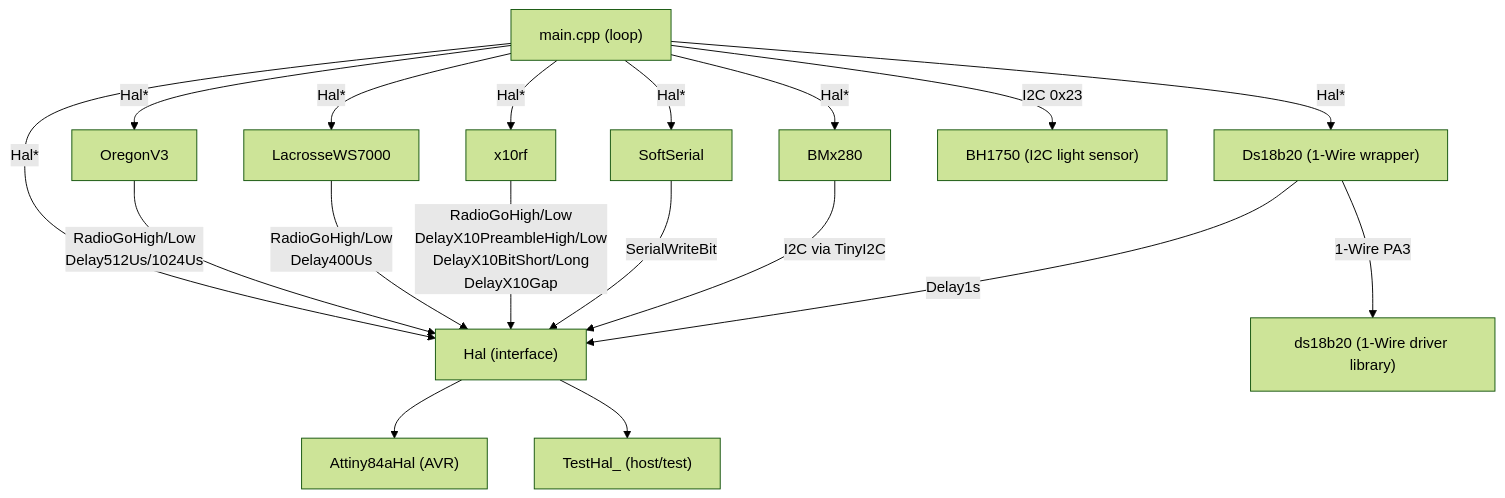
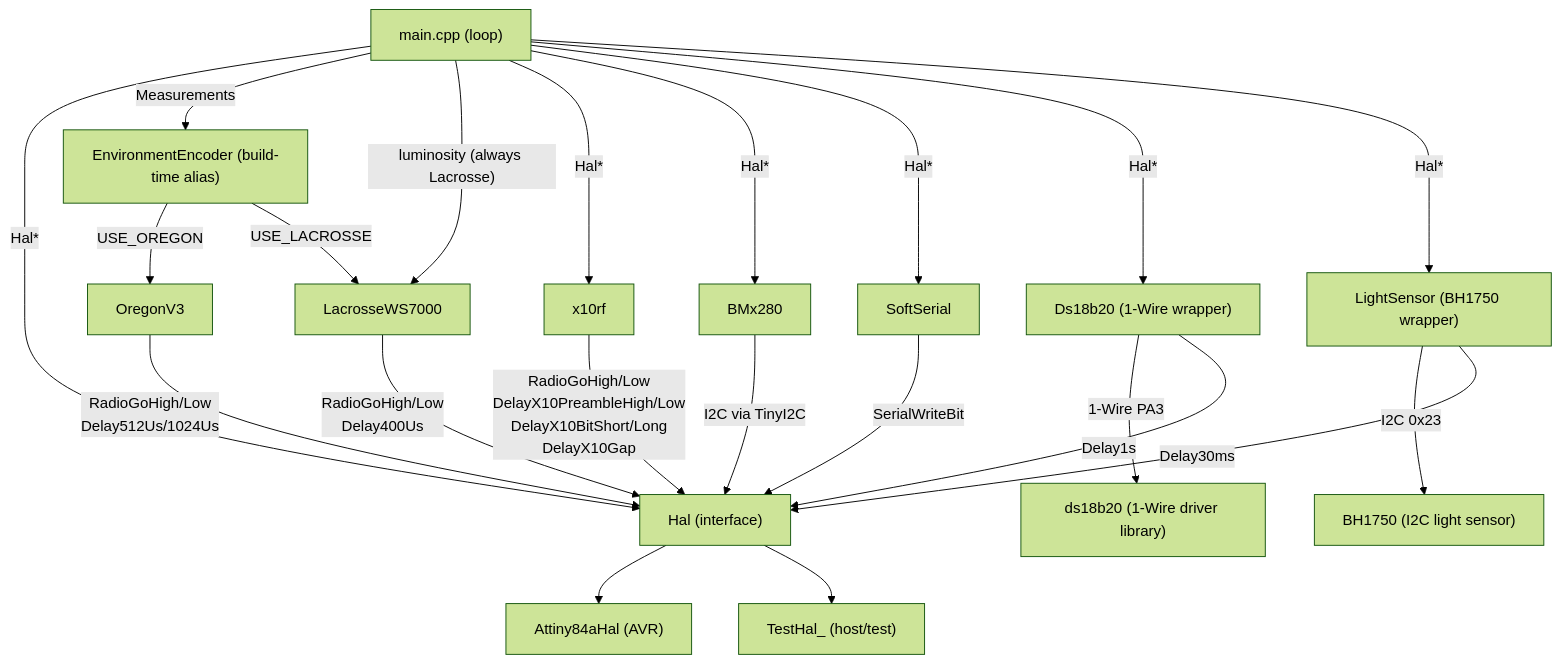
Before and after one commit to arcadien/tinySensor: the diagram in docs/architecture.md, drawn with Mermaid (forest theme). The commit also changed other lines of this file and 2 other files, not shown here.

First line of the commit message:
arch: document main loop structure, close audit A2/A3

````diff
--- a/docs/architecture.md
+++ b/docs/architecture.md
@@ -7,22 +7,26 @@
 ```mermaid
 graph TD
   main["main.cpp (loop)"] -->|Hal*| HAL
-  main -->|Hal*| OregonV3
-  main -->|Hal*| LacrosseWS7000
+  main -->|"Measurements"| EnvEnc["EnvironmentEncoder (build-time alias)"]
+  EnvEnc -->|"USE_OREGON"| OregonV3
+  EnvEnc -->|"USE_LACROSSE"| LacrosseWS7000
+  main -->|"luminosity (always Lacrosse)"| LacrosseWS7000
   main -->|Hal*| x10rf
   main -->|Hal*| BMx280
   main -->|Hal*| SoftSerial
   main -->|Hal*| Ds18b20["Ds18b20 (1-Wire wrapper)"]
   Ds18b20 -->|"1-Wire PA3"| ds18b20["ds18b20 (1-Wire driver library)"]
-  main -->|"I2C 0x23"| BH1750["BH1750 (I2C light sensor)"]
+  main -->|Hal*| LightSensor["LightSensor (BH1750 wrapper)"]
+  LightSensor -->|"I2C 0x23"| BH1750["BH1750 (I2C light sensor)"]
+  LightSensor -->|Delay30ms| HAL
 
   HAL["Hal (interface)"] --> Attiny84aHal["Attiny84aHal (AVR)"]
   HAL --> TestHal["TestHal_ (host/test)"]
 
   OregonV3 -->|RadioGoHigh/Low\nDelay512Us/1024Us| HAL
   LacrosseWS7000 -->|RadioGoHigh/Low\nDelay400Us| HAL
   x10rf -->|"RadioGoHigh/Low\nDelayX10PreambleHigh/Low\nDelayX10BitShort/Long\nDelayX10Gap"| HAL
   SoftSerial -->|SerialWriteBit| HAL
   BMx280 -->|I2C via TinyI2C| HAL
   Ds18b20 -->|Delay1s| HAL
 ```
````
